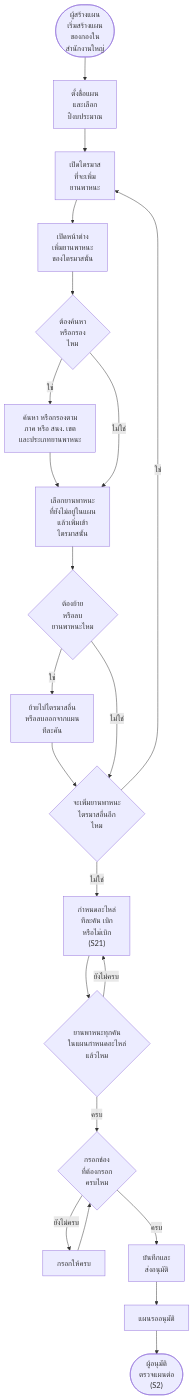
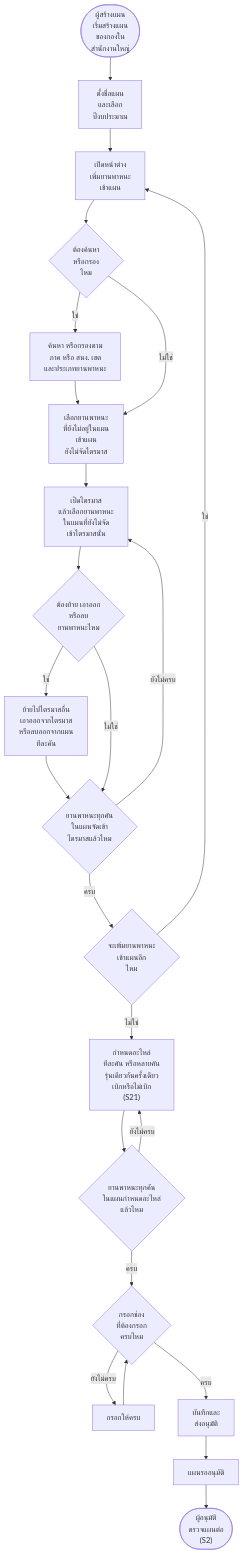
One commit to anugmail/Maintenance-Request-Form changed the first of 17 diagrams in Diagram/01-บำรุงรักษาตามวาระ/27-บำรุงรักษา-flowchart-กิจกรรม.md. Above: the diagram before and after it, drawn with Mermaid. The commit also changed other lines of this file and 9 other files, not shown here.

First line of the commit message:
บำรุงรักษา: แผน 2 ขั้น (เพิ่มเข้าแผนก่อน แล้วจัดเข้าไตรมาส) + กำหนดอะไหล่หลายคัน (R111 R112) · ตารางเหตุการณ์แบบ lean สำหรับ CF (ไฟล์ 33)

````diff
--- a/Diagram/01-บำรุงรักษาตามวาระ/27-บำรุงรักษา-flowchart-กิจกรรม.md
+++ b/Diagram/01-บำรุงรักษาตามวาระ/27-บำรุงรักษา-flowchart-กิจกรรม.md
@@ -22,24 +23,26 @@
 ```mermaid
 flowchart TD
     S(["ผู้สร้างแผน<br/>เริ่มสร้างแผน<br/>ของกองใน<br/>สำนักงานใหญ่"]) --> A1["ตั้งชื่อแผน<br/>และเลือก<br/>ปีงบประมาณ"]
-    A1 --> A2["เปิดไตรมาส<br/>ที่จะเพิ่ม<br/>ยานพาหนะ"]
-    A2 --> A3["เปิดหน้าต่าง<br/>เพิ่มยานพาหนะ<br/>ของไตรมาสนั้น"]
-    A3 --> Q1{"ต้องค้นหา<br/>หรือกรอง<br/>ไหม"}
-    Q1 -->|ใช่| A4["ค้นหา หรือกรองตาม<br/>ภาค หรือ สนง. เขต<br/>และประเภทยานพาหนะ"]
-    A4 --> A5
-    Q1 -->|ไม่ใช่| A5["เลือกยานพาหนะ<br/>ที่ยังไม่อยู่ในแผน<br/>แล้วเพิ่มเข้า<br/>ไตรมาสนั้น"]
-    A5 --> Q2{"ต้องย้าย<br/>หรือลบ<br/>ยานพาหนะไหม"}
-    Q2 -->|ใช่| A6["ย้ายไปไตรมาสอื่น<br/>หรือลบออกจากแผน<br/>ทีละคัน"]
+    A1 --> A2["เปิดหน้าต่าง<br/>เพิ่มยานพาหนะ<br/>เข้าแผน"]
+    A2 --> Q1{"ต้องค้นหา<br/>หรือกรอง<br/>ไหม"}
+    Q1 -->|ใช่| A3["ค้นหา หรือกรองตาม<br/>ภาค หรือ สนง. เขต<br/>และประเภทยานพาหนะ"]
+    A3 --> A4
+    Q1 -->|ไม่ใช่| A4["เลือกยานพาหนะ<br/>ที่ยังไม่อยู่ในแผน<br/>เข้าแผน<br/>ยังไม่จัดไตรมาส"]
+    A4 --> A5["เปิดไตรมาส<br/>แล้วเลือกยานพาหนะ<br/>ในแผนที่ยังไม่จัด<br/>เข้าไตรมาสนั้น"]
+    A5 --> Q2{"ต้องย้าย เอาออก<br/>หรือลบ<br/>ยานพาหนะไหม"}
+    Q2 -->|ใช่| A6["ย้ายไปไตรมาสอื่น<br/>เอาออกจากไตรมาส<br/>หรือลบออกจากแผน<br/>ทีละคัน"]
     A6 --> Q3
-    Q2 -->|ไม่ใช่| Q3{"จะเพิ่มยานพาหนะ<br/>ไตรมาสอื่นอีก<br/>ไหม"}
-    Q3 -->|ใช่| A2
-    Q3 -->|ไม่ใช่| A7["กำหนดอะไหล่<br/>ทีละคัน เบิก<br/>หรือไม่เบิก<br/>(S21)"]
-    A7 --> Q4{"ยานพาหนะทุกคัน<br/>ในแผนกำหนดอะไหล่<br/>แล้วไหม"}
-    Q4 -->|ยังไม่ครบ| A7
-    Q4 -->|ครบ| Q6{"กรอกช่อง<br/>ที่ต้องกรอก<br/>ครบไหม"}
+    Q2 -->|ไม่ใช่| Q3{"ยานพาหนะทุกคัน<br/>ในแผนจัดเข้า<br/>ไตรมาสแล้วไหม"}
+    Q3 -->|ยังไม่ครบ| A5
+    Q3 -->|ครบ| Q4{"จะเพิ่มยานพาหนะ<br/>เข้าแผนอีก<br/>ไหม"}
+    Q4 -->|ใช่| A2
+    Q4 -->|ไม่ใช่| A7["กำหนดอะไหล่<br/>ทีละคัน หรือหลายคัน<br/>รุ่นเดียวกันครั้งเดียว<br/>เบิกหรือไม่เบิก<br/>(S21)"]
+    A7 --> Q5{"ยานพาหนะทุกคัน<br/>ในแผนกำหนดอะไหล่<br/>แล้วไหม"}
+    Q5 -->|ยังไม่ครบ| A7
+    Q5 -->|ครบ| Q6{"กรอกช่อง<br/>ที่ต้องกรอก<br/>ครบไหม"}
     Q6 -->|ยังไม่ครบ| A8["กรอกให้ครบ"]
     A8 --> Q6
     Q6 -->|ครบ| A9["บันทึกและ<br/>ส่งอนุมัติ"]
     A9 --> A10["แผนรออนุมัติ"]
     A10 --> E(["ผู้อนุมัติ<br/>ตรวจแผนต่อ<br/>(S2)"])
 ```
````
